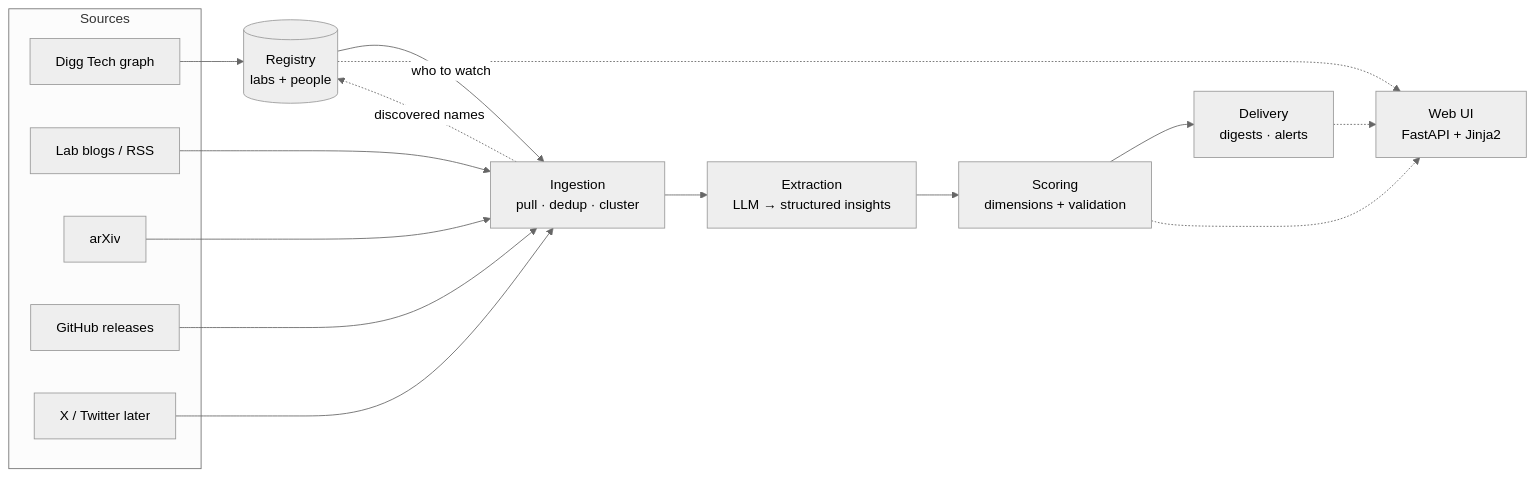
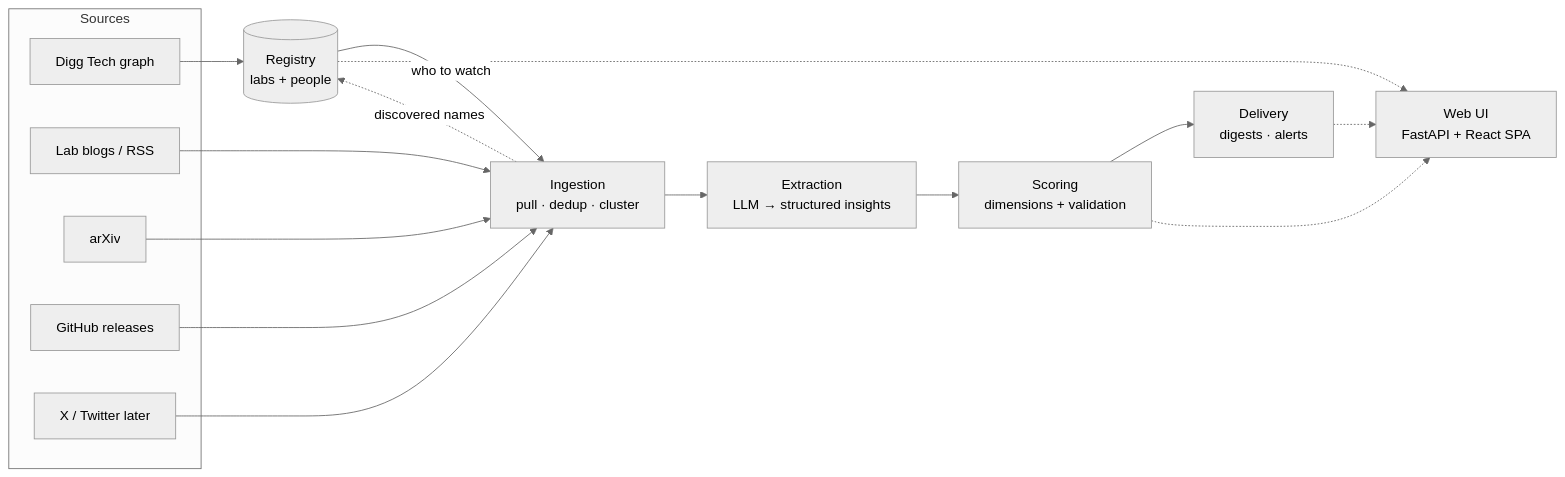
Before and after one commit to AdithyanI/frontier-lab-intelligence: the first of 3 diagrams in docs/architecture/overview.md, drawn with Mermaid (neutral theme). The commit also changed other lines of this file and 22 other files, not shown here.

````diff
--- a/docs/architecture/overview.md
+++ b/docs/architecture/overview.md
@@ -30,28 +31,28 @@
 ```mermaid
 flowchart LR
     subgraph sources [Sources]
         DIGG[Digg Tech graph]
         BLOGS[Lab blogs / RSS]
         ARXIV[arXiv]
         GH[GitHub releases]
         X[X / Twitter later]
     end
 
     REG[(Registry<br/>labs + people)]
     ING[Ingestion<br/>pull · dedup · cluster]
     EXT[Extraction<br/>LLM → structured insights]
     SCO[Scoring<br/>dimensions + validation]
     DEL[Delivery<br/>digests · alerts]
-    UI[Web UI<br/>FastAPI + Jinja2]
+    UI[Web UI<br/>FastAPI + React SPA]
 
     DIGG --> REG
     REG -->|who to watch| ING
     BLOGS & ARXIV & GH & X --> ING
     ING --> EXT
     EXT --> SCO
     SCO --> DEL
     REG -.-> UI
     SCO -.-> UI
     DEL -.-> UI
     ING -.->|discovered names| REG
 ```
````
